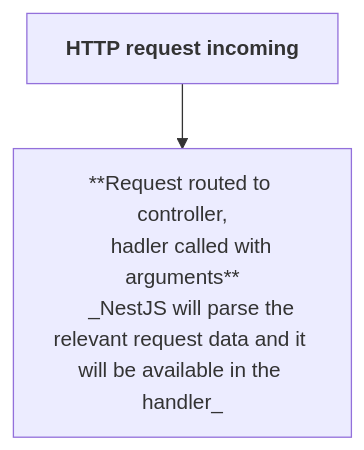
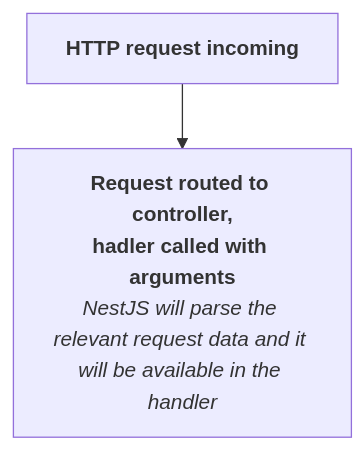
The diagram in nestjs/NestJs.MD (albin-joseph/myjslearnings), drawn with Mermaid before and after one commit.

Commit message:
add flowdiagram

````diff
--- a/nestjs/NestJs.MD
+++ b/nestjs/NestJs.MD
@@ -122,9 +122,9 @@
   ```mermaid
     flowchart TD;
         step1["`**HTTP request incoming**`"]
-        step2["**Request routed to controller,
+        step2["`**Request routed to controller,
         hadler called with arguments**
         _NestJS will parse the relevant request data and it will be available in the handler_
-        "]
+        `"]
         step1 --> step2
     ```
````
